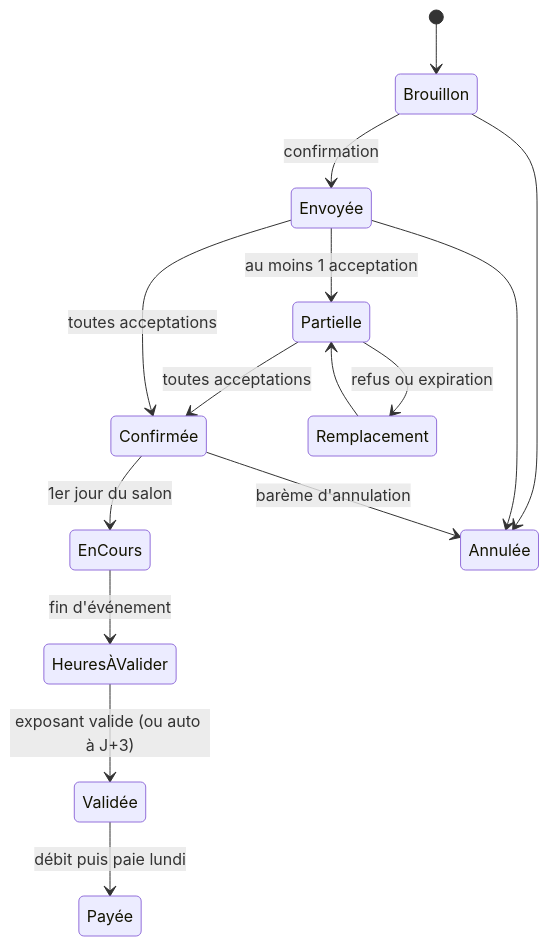
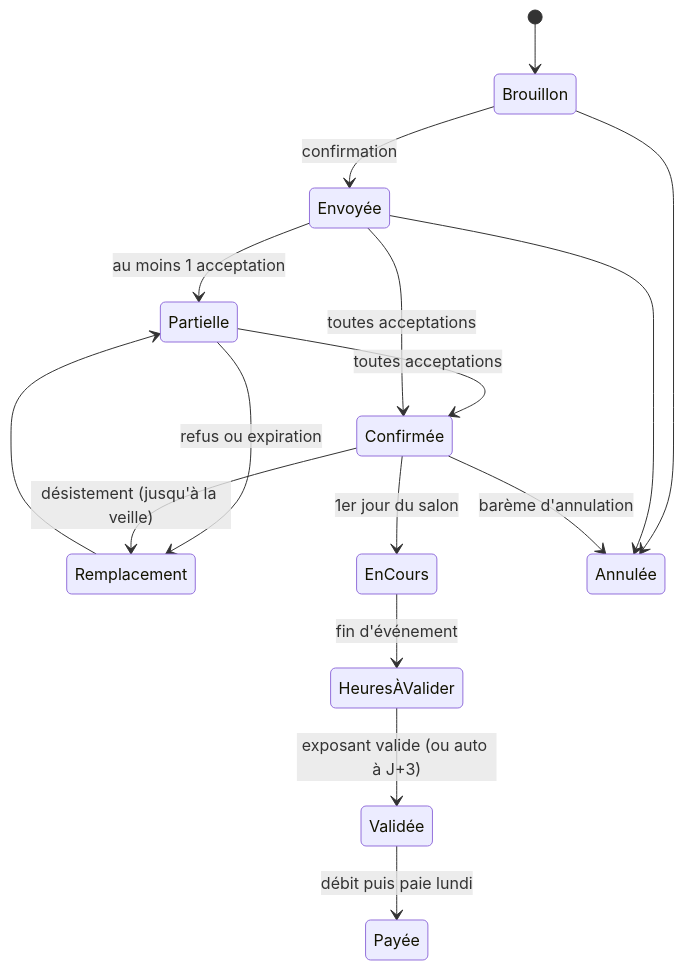
The second of 6 diagrams in docs/02-FLUX.md (Sam-Support/Standby), drawn with Mermaid before and after one commit. The commit also changed other lines of this file and 45 other files, not shown here.

````diff
--- a/docs/02-FLUX.md
+++ b/docs/02-FLUX.md
@@ -27,17 +27,18 @@
 ```mermaid
 stateDiagram-v2
   [*] --> Brouillon
   Brouillon --> Envoyée: confirmation
   Envoyée --> Partielle: au moins 1 acceptation
   Partielle --> Confirmée: toutes acceptations
   Envoyée --> Confirmée: toutes acceptations
   Partielle --> Remplacement: refus ou expiration
+  Confirmée --> Remplacement: désistement (jusqu'à la veille)
   Remplacement --> Partielle
   Confirmée --> EnCours: 1er jour du salon
   EnCours --> HeuresÀValider: fin d'événement
   HeuresÀValider --> Validée: exposant valide (ou auto à J+3)
   Validée --> Payée: débit puis paie lundi
   Brouillon --> Annulée
   Envoyée --> Annulée
   Confirmée --> Annulée: barème d'annulation
 ```
````
